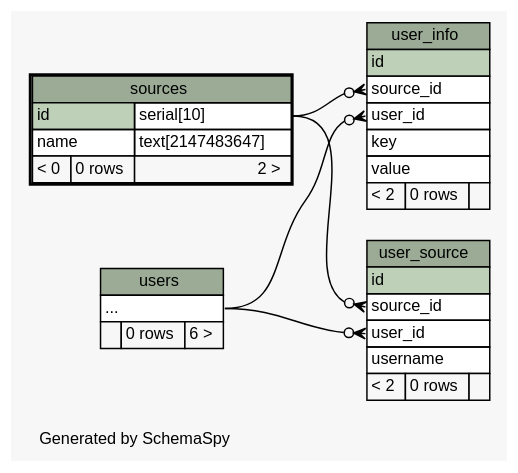
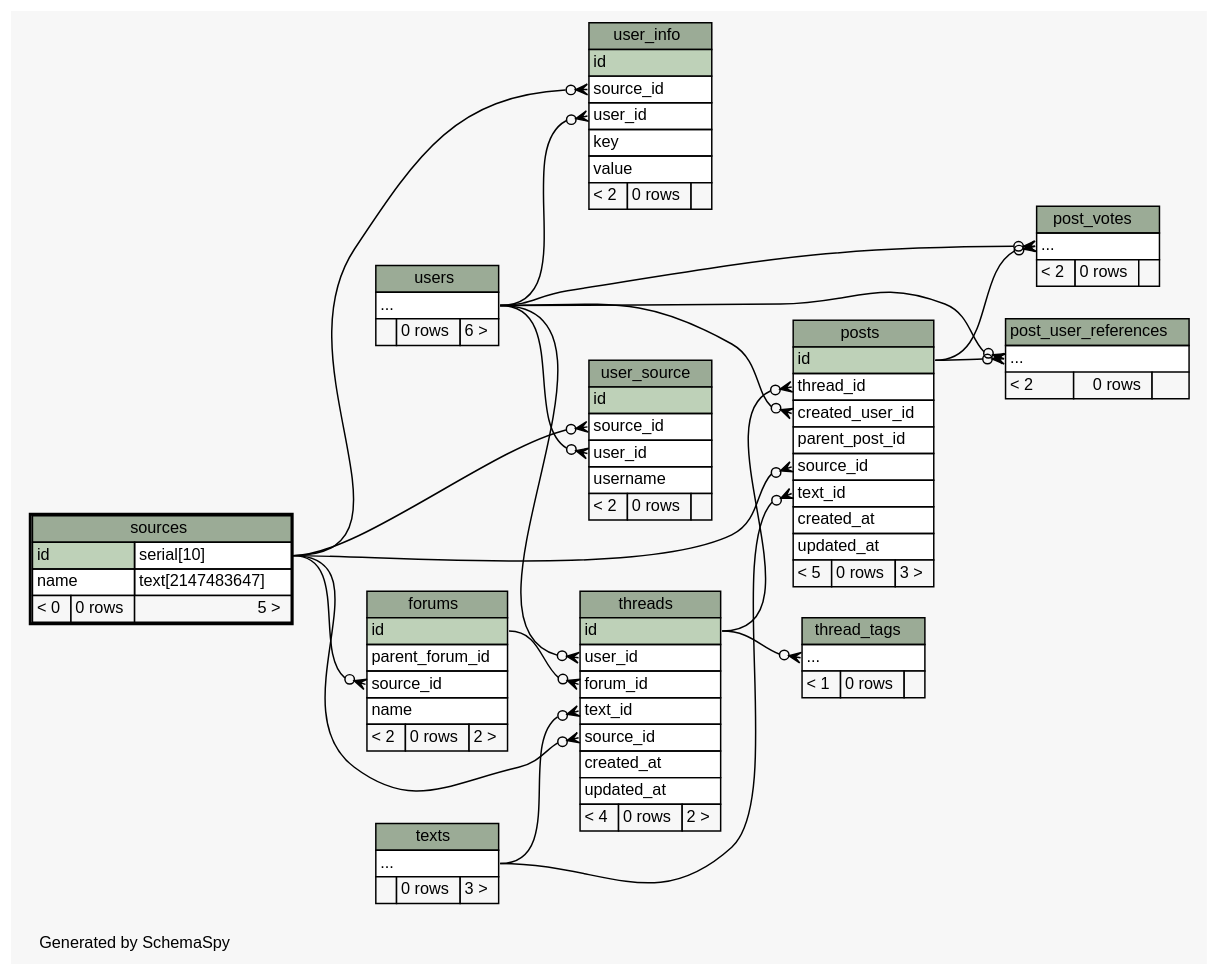
Before and after one commit to ryanaustincarlson/moocdb: the diagram in library/diagrams/sources.2degrees.dot, drawn with Graphviz. The commit also changed 79 other files, not shown here.

Commit message:
Adding source_id to threads and posts etc.

```diff
--- a/library/diagrams/sources.2degrees.dot
+++ b/library/diagrams/sources.2degrees.dot
@@ -1,74 +1,174 @@
 // dot 2.34.0 on Mac OS X 10.8.3
 // SchemaSpy rev 590
 digraph "twoDegreesRelationshipsDiagram" {
   graph [
     rankdir="RL"
     bgcolor="#f7f7f7"
     label="\nGenerated by SchemaSpy"
     labeljust="l"
     nodesep="0.18"
     ranksep="0.46"
     fontname="Helvetica"
     fontsize="11"
   ];
   node [
     fontname="Helvetica"
     fontsize="11"
     shape="plaintext"
   ];
   edge [
     arrowsize="0.8"
   ];
+  "forums":"source_id":w -> "sources":"id.type":e [arrowhead=none dir=back arrowtail=crowodot];
+  "post_user_references":"elipses":w -> "posts":"id":e [arrowhead=none dir=back arrowtail=crowodot];
+  "post_user_references":"elipses":w -> "users":"elipses":e [arrowhead=none dir=back arrowtail=crowodot];
+  "post_votes":"elipses":w -> "posts":"id":e [arrowhead=none dir=back arrowtail=crowodot];
+  "post_votes":"elipses":w -> "users":"elipses":e [arrowhead=none dir=back arrowtail=crowodot];
+  "posts":"created_user_id":w -> "users":"elipses":e [arrowhead=none dir=back arrowtail=crowodot];
+  "posts":"source_id":w -> "sources":"id.type":e [arrowhead=none dir=back arrowtail=crowodot];
+  "posts":"text_id":w -> "texts":"elipses":e [arrowhead=none dir=back arrowtail=crowodot];
+  "posts":"thread_id":w -> "threads":"id":e [arrowhead=none dir=back arrowtail=crowodot];
+  "thread_tags":"elipses":w -> "threads":"id":e [arrowhead=none dir=back arrowtail=crowodot];
+  "threads":"forum_id":w -> "forums":"id":e [arrowhead=none dir=back arrowtail=crowodot];
+  "threads":"source_id":w -> "sources":"id.type":e [arrowhead=none dir=back arrowtail=crowodot];
+  "threads":"text_id":w -> "texts":"elipses":e [arrowhead=none dir=back arrowtail=crowodot];
+  "threads":"user_id":w -> "users":"elipses":e [arrowhead=none dir=back arrowtail=crowodot];
   "user_info":"source_id":w -> "sources":"id.type":e [arrowhead=none dir=back arrowtail=crowodot];
   "user_info":"user_id":w -> "users":"elipses":e [arrowhead=none dir=back arrowtail=crowodot];
   "user_source":"source_id":w -> "sources":"id.type":e [arrowhead=none dir=back arrowtail=crowodot];
   "user_source":"user_id":w -> "users":"elipses":e [arrowhead=none dir=back arrowtail=crowodot];
+  "forums" [
+    label=<
+    <TABLE BORDER="0" CELLBORDER="1" CELLSPACING="0" BGCOLOR="#ffffff">
+      <TR><TD COLSPAN="3" BGCOLOR="#9bab96" ALIGN="CENTER">forums</TD></TR>
+      <TR><TD PORT="id" COLSPAN="3" BGCOLOR="#bed1b8" ALIGN="LEFT">id</TD></TR>
+      <TR><TD PORT="parent_forum_id" COLSPAN="3" ALIGN="LEFT">parent_forum_id</TD></TR>
+      <TR><TD PORT="source_id" COLSPAN="3" ALIGN="LEFT">source_id</TD></TR>
+      <TR><TD PORT="name" COLSPAN="3" ALIGN="LEFT">name</TD></TR>
+      <TR><TD ALIGN="LEFT" BGCOLOR="#f7f7f7">&lt; 2</TD><TD ALIGN="RIGHT" BGCOLOR="#f7f7f7">0 rows</TD><TD ALIGN="RIGHT" BGCOLOR="#f7f7f7">2 &gt;</TD></TR>
+    </TABLE>>
+    URL="forums.html"
+    tooltip="forums"
+  ];
+  "post_user_references" [
+    label=<
+    <TABLE BORDER="0" CELLBORDER="1" CELLSPACING="0" BGCOLOR="#ffffff">
+      <TR><TD COLSPAN="3" BGCOLOR="#9bab96" ALIGN="CENTER">post_user_references</TD></TR>
+      <TR><TD PORT="elipses" COLSPAN="3" ALIGN="LEFT">...</TD></TR>
+      <TR><TD ALIGN="LEFT" BGCOLOR="#f7f7f7">&lt; 2</TD><TD ALIGN="RIGHT" BGCOLOR="#f7f7f7">0 rows</TD><TD ALIGN="RIGHT" BGCOLOR="#f7f7f7">  </TD></TR>
+    </TABLE>>
+    URL="post_user_references.html"
+    tooltip="post_user_references"
+  ];
+  "post_votes" [
+    label=<
+    <TABLE BORDER="0" CELLBORDER="1" CELLSPACING="0" BGCOLOR="#ffffff">
+      <TR><TD COLSPAN="3" BGCOLOR="#9bab96" ALIGN="CENTER">post_votes</TD></TR>
+      <TR><TD PORT="elipses" COLSPAN="3" ALIGN="LEFT">...</TD></TR>
+      <TR><TD ALIGN="LEFT" BGCOLOR="#f7f7f7">&lt; 2</TD><TD ALIGN="RIGHT" BGCOLOR="#f7f7f7">0 rows</TD><TD ALIGN="RIGHT" BGCOLOR="#f7f7f7">  </TD></TR>
+    </TABLE>>
+    URL="post_votes.html"
+    tooltip="post_votes"
+  ];
+  "posts" [
+    label=<
+    <TABLE BORDER="0" CELLBORDER="1" CELLSPACING="0" BGCOLOR="#ffffff">
+      <TR><TD COLSPAN="3" BGCOLOR="#9bab96" ALIGN="CENTER">posts</TD></TR>
+      <TR><TD PORT="id" COLSPAN="3" BGCOLOR="#bed1b8" ALIGN="LEFT">id</TD></TR>
+      <TR><TD PORT="thread_id" COLSPAN="3" ALIGN="LEFT">thread_id</TD></TR>
+      <TR><TD PORT="created_user_id" COLSPAN="3" ALIGN="LEFT">created_user_id</TD></TR>
+      <TR><TD PORT="parent_post_id" COLSPAN="3" ALIGN="LEFT">parent_post_id</TD></TR>
+      <TR><TD PORT="source_id" COLSPAN="3" ALIGN="LEFT">source_id</TD></TR>
+      <TR><TD PORT="text_id" COLSPAN="3" ALIGN="LEFT">text_id</TD></TR>
+      <TR><TD PORT="created_at" COLSPAN="3" ALIGN="LEFT">created_at</TD></TR>
+      <TR><TD PORT="updated_at" COLSPAN="3" ALIGN="LEFT">updated_at</TD></TR>
+      <TR><TD ALIGN="LEFT" BGCOLOR="#f7f7f7">&lt; 5</TD><TD ALIGN="RIGHT" BGCOLOR="#f7f7f7">0 rows</TD><TD ALIGN="RIGHT" BGCOLOR="#f7f7f7">3 &gt;</TD></TR>
+    </TABLE>>
+    URL="posts.html"
+    tooltip="posts"
+  ];
   "sources" [
     label=<
     <TABLE BORDER="2" CELLBORDER="1" CELLSPACING="0" BGCOLOR="#ffffff">
       <TR><TD COLSPAN="3" BGCOLOR="#9bab96" ALIGN="CENTER">sources</TD></TR>
       <TR><TD PORT="id" COLSPAN="2" BGCOLOR="#bed1b8" ALIGN="LEFT">id</TD><TD PORT="id.type" ALIGN="LEFT">serial[10]</TD></TR>
       <TR><TD PORT="name" COLSPAN="2" ALIGN="LEFT">name</TD><TD PORT="name.type" ALIGN="LEFT">text[2147483647]</TD></TR>
-      <TR><TD ALIGN="LEFT" BGCOLOR="#f7f7f7">&lt; 0</TD><TD ALIGN="RIGHT" BGCOLOR="#f7f7f7">0 rows</TD><TD ALIGN="RIGHT" BGCOLOR="#f7f7f7">2 &gt;</TD></TR>
+      <TR><TD ALIGN="LEFT" BGCOLOR="#f7f7f7">&lt; 0</TD><TD ALIGN="RIGHT" BGCOLOR="#f7f7f7">0 rows</TD><TD ALIGN="RIGHT" BGCOLOR="#f7f7f7">5 &gt;</TD></TR>
     </TABLE>>
     URL="sources.html"
     tooltip="sources"
+  ];
+  "texts" [
+    label=<
+    <TABLE BORDER="0" CELLBORDER="1" CELLSPACING="0" BGCOLOR="#ffffff">
+      <TR><TD COLSPAN="3" BGCOLOR="#9bab96" ALIGN="CENTER">texts</TD></TR>
+      <TR><TD PORT="elipses" COLSPAN="3" ALIGN="LEFT">...</TD></TR>
+      <TR><TD ALIGN="LEFT" BGCOLOR="#f7f7f7">  </TD><TD ALIGN="RIGHT" BGCOLOR="#f7f7f7">0 rows</TD><TD ALIGN="RIGHT" BGCOLOR="#f7f7f7">3 &gt;</TD></TR>
+    </TABLE>>
+    URL="texts.html"
+    tooltip="texts"
+  ];
+  "thread_tags" [
+    label=<
+    <TABLE BORDER="0" CELLBORDER="1" CELLSPACING="0" BGCOLOR="#ffffff">
+      <TR><TD COLSPAN="3" BGCOLOR="#9bab96" ALIGN="CENTER">thread_tags</TD></TR>
+      <TR><TD PORT="elipses" COLSPAN="3" ALIGN="LEFT">...</TD></TR>
+      <TR><TD ALIGN="LEFT" BGCOLOR="#f7f7f7">&lt; 1</TD><TD ALIGN="RIGHT" BGCOLOR="#f7f7f7">0 rows</TD><TD ALIGN="RIGHT" BGCOLOR="#f7f7f7">  </TD></TR>
+    </TABLE>>
+    URL="thread_tags.html"
+    tooltip="thread_tags"
+  ];
+  "threads" [
+    label=<
+    <TABLE BORDER="0" CELLBORDER="1" CELLSPACING="0" BGCOLOR="#ffffff">
+      <TR><TD COLSPAN="3" BGCOLOR="#9bab96" ALIGN="CENTER">threads</TD></TR>
+      <TR><TD PORT="id" COLSPAN="3" BGCOLOR="#bed1b8" ALIGN="LEFT">id</TD></TR>
+      <TR><TD PORT="user_id" COLSPAN="3" ALIGN="LEFT">user_id</TD></TR>
+      <TR><TD PORT="forum_id" COLSPAN="3" ALIGN="LEFT">forum_id</TD></TR>
+      <TR><TD PORT="text_id" COLSPAN="3" ALIGN="LEFT">text_id</TD></TR>
+      <TR><TD PORT="source_id" COLSPAN="3" ALIGN="LEFT">source_id</TD></TR>
+      <TR><TD PORT="created_at" COLSPAN="3" ALIGN="LEFT">created_at</TD></TR>
+      <TR><TD PORT="updated_at" COLSPAN="3" ALIGN="LEFT">updated_at</TD></TR>
+      <TR><TD ALIGN="LEFT" BGCOLOR="#f7f7f7">&lt; 4</TD><TD ALIGN="RIGHT" BGCOLOR="#f7f7f7">0 rows</TD><TD ALIGN="RIGHT" BGCOLOR="#f7f7f7">2 &gt;</TD></TR>
+    </TABLE>>
+    URL="threads.html"
+    tooltip="threads"
   ];
   "user_info" [
     label=<
     <TABLE BORDER="0" CELLBORDER="1" CELLSPACING="0" BGCOLOR="#ffffff">
       <TR><TD COLSPAN="3" BGCOLOR="#9bab96" ALIGN="CENTER">user_info</TD></TR>
       <TR><TD PORT="id" COLSPAN="3" BGCOLOR="#bed1b8" ALIGN="LEFT">id</TD></TR>
       <TR><TD PORT="source_id" COLSPAN="3" ALIGN="LEFT">source_id</TD></TR>
       <TR><TD PORT="user_id" COLSPAN="3" ALIGN="LEFT">user_id</TD></TR>
       <TR><TD PORT="key" COLSPAN="3" ALIGN="LEFT">key</TD></TR>
       <TR><TD PORT="value" COLSPAN="3" ALIGN="LEFT">value</TD></TR>
       <TR><TD ALIGN="LEFT" BGCOLOR="#f7f7f7">&lt; 2</TD><TD ALIGN="RIGHT" BGCOLOR="#f7f7f7">0 rows</TD><TD ALIGN="RIGHT" BGCOLOR="#f7f7f7">  </TD></TR>
     </TABLE>>
     URL="user_info.html"
     tooltip="user_info"
   ];
   "user_source" [
     label=<
     <TABLE BORDER="0" CELLBORDER="1" CELLSPACING="0" BGCOLOR="#ffffff">
       <TR><TD COLSPAN="3" BGCOLOR="#9bab96" ALIGN="CENTER">user_source</TD></TR>
       <TR><TD PORT="id" COLSPAN="3" BGCOLOR="#bed1b8" ALIGN="LEFT">id</TD></TR>
       <TR><TD PORT="source_id" COLSPAN="3" ALIGN="LEFT">source_id</TD></TR>
       <TR><TD PORT="user_id" COLSPAN="3" ALIGN="LEFT">user_id</TD></TR>
       <TR><TD PORT="username" COLSPAN="3" ALIGN="LEFT">username</TD></TR>
       <TR><TD ALIGN="LEFT" BGCOLOR="#f7f7f7">&lt; 2</TD><TD ALIGN="RIGHT" BGCOLOR="#f7f7f7">0 rows</TD><TD ALIGN="RIGHT" BGCOLOR="#f7f7f7">  </TD></TR>
     </TABLE>>
     URL="user_source.html"
     tooltip="user_source"
   ];
   "users" [
     label=<
     <TABLE BORDER="0" CELLBORDER="1" CELLSPACING="0" BGCOLOR="#ffffff">
       <TR><TD COLSPAN="3" BGCOLOR="#9bab96" ALIGN="CENTER">users</TD></TR>
       <TR><TD PORT="elipses" COLSPAN="3" ALIGN="LEFT">...</TD></TR>
       <TR><TD ALIGN="LEFT" BGCOLOR="#f7f7f7">  </TD><TD ALIGN="RIGHT" BGCOLOR="#f7f7f7">0 rows</TD><TD ALIGN="RIGHT" BGCOLOR="#f7f7f7">6 &gt;</TD></TR>
     </TABLE>>
     URL="users.html"
     tooltip="users"
   ];
 }
```
